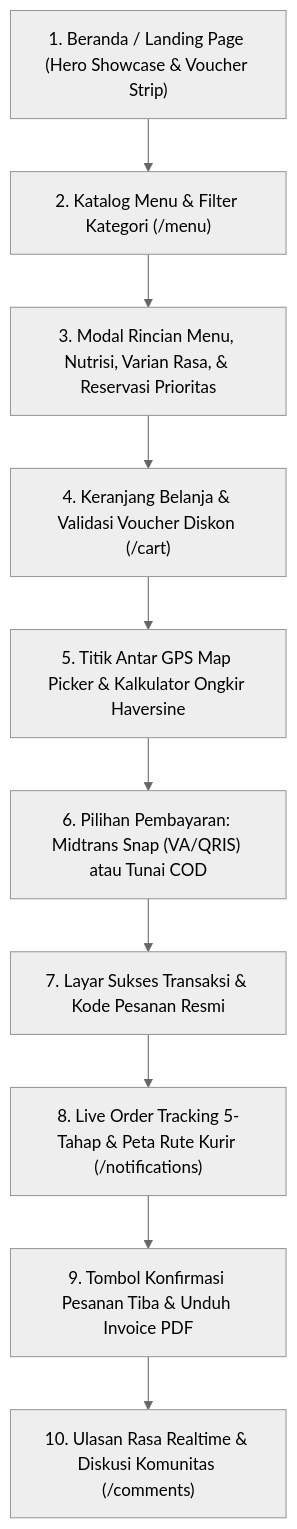
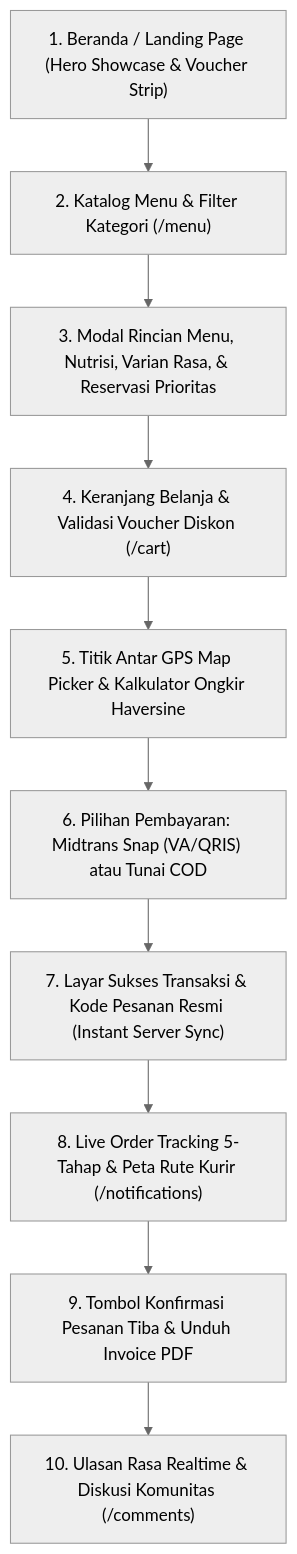
The diagram in nefakky3/docs/DESIGN_USER.md (fatihahmadzakky19/Nefakky3), drawn with Mermaid (neutral theme) before and after one commit. The commit also changed other lines of this file and 43 other files, not shown here.

````diff
--- a/nefakky3/docs/DESIGN_USER.md
+++ b/nefakky3/docs/DESIGN_USER.md
@@ -12,12 +12,12 @@
 ```mermaid
 graph TD
     A["1. Beranda / Landing Page (Hero Showcase & Voucher Strip)"] --> B["2. Katalog Menu & Filter Kategori (/menu)"]
     B --> C["3. Modal Rincian Menu, Nutrisi, Varian Rasa, & Reservasi Prioritas"]
     C --> D["4. Keranjang Belanja & Validasi Voucher Diskon (/cart)"]
     D --> E["5. Titik Antar GPS Map Picker & Kalkulator Ongkir Haversine"]
     E --> F["6. Pilihan Pembayaran: Midtrans Snap (VA/QRIS) atau Tunai COD"]
-    F --> G["7. Layar Sukses Transaksi & Kode Pesanan Resmi"]
+    F --> G["7. Layar Sukses Transaksi & Kode Pesanan Resmi (Instant Server Sync)"]
     G --> H["8. Live Order Tracking 5-Tahap & Peta Rute Kurir (/notifications)"]
     H --> I["9. Tombol Konfirmasi Pesanan Tiba & Unduh Invoice PDF"]
     I --> J["10. Ulasan Rasa Realtime & Diskusi Komunitas (/comments)"]
 ```
````
